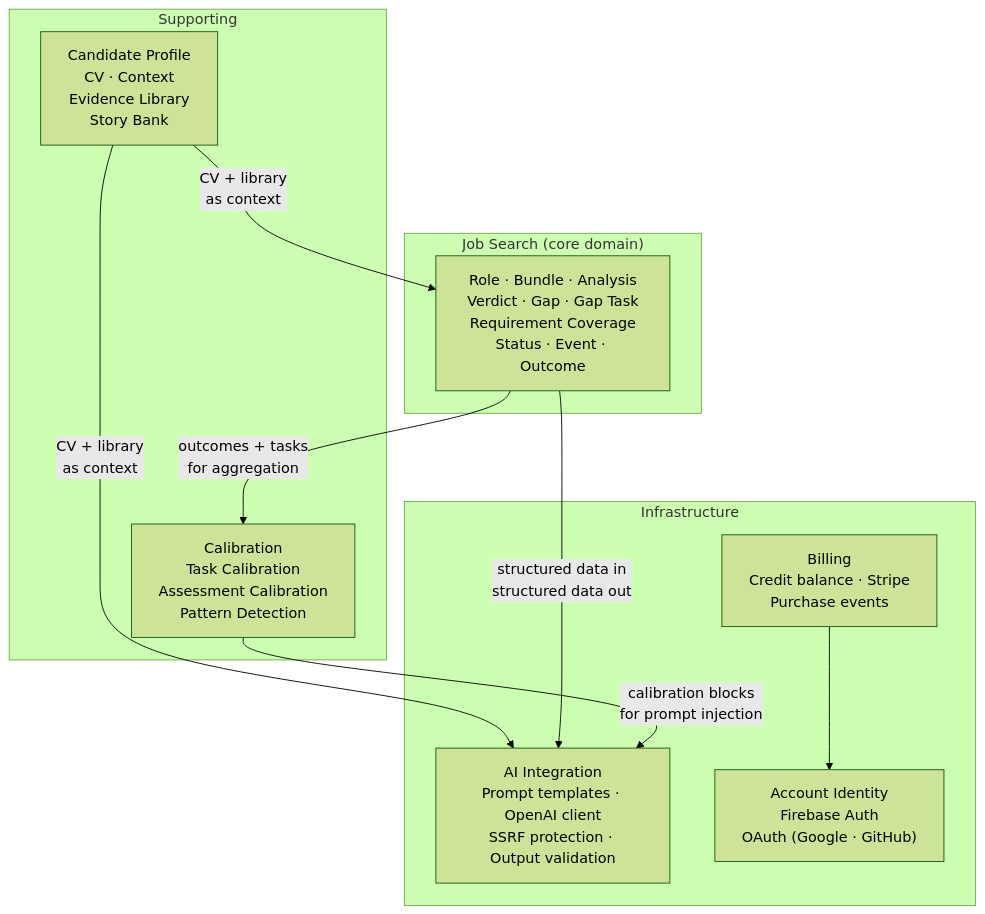
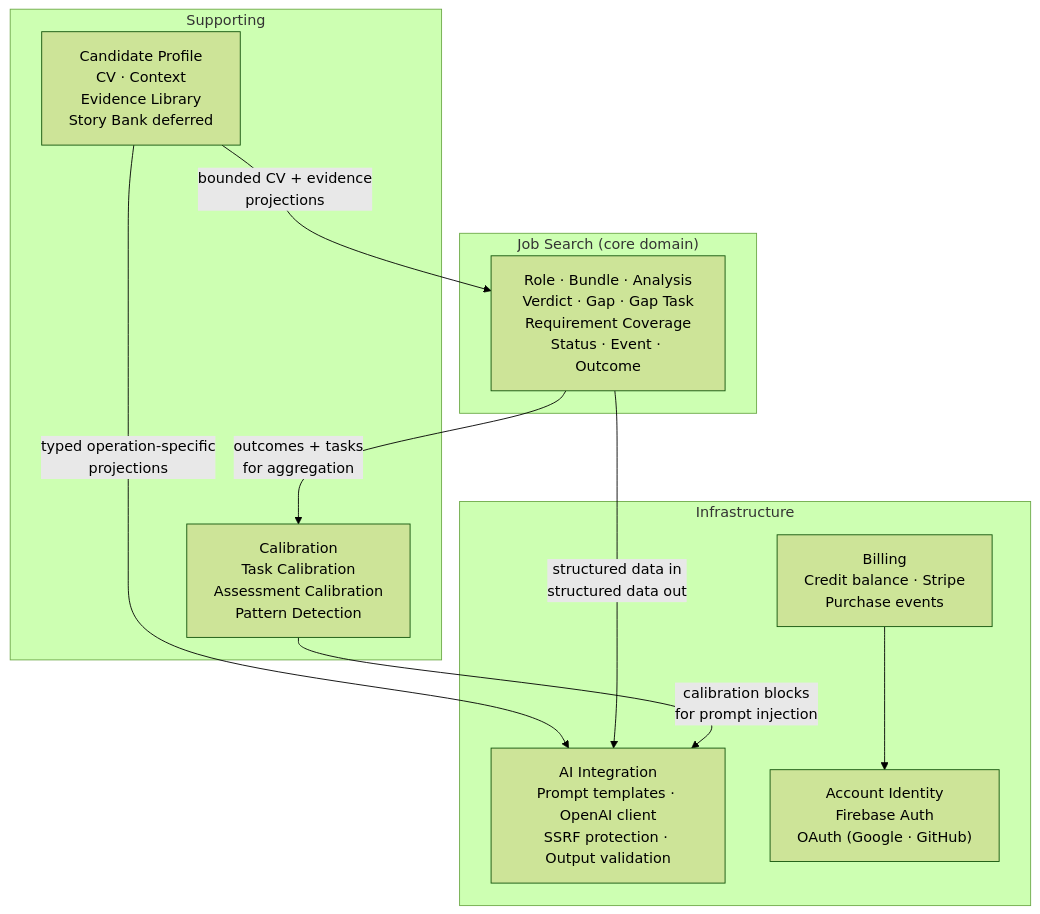
The diagram in docs/DOMAIN.md (mnohe/cvai), drawn with Mermaid (forest theme) before and after one commit. The commit also changed other lines of this file and 4 other files, not shown here.

````diff
--- a/docs/DOMAIN.md
+++ b/docs/DOMAIN.md
@@ -128,24 +127,24 @@
 ```mermaid
 graph TD
     subgraph Core ["Job Search (core domain)"]
         JS["Role · Bundle · Analysis\nVerdict · Gap · Gap Task\nRequirement Coverage\nStatus · Event · Outcome"]
     end
 
     subgraph Supporting
-        CP["Candidate Profile\nCV · Context\nEvidence Library\nStory Bank"]
+        CP["Candidate Profile\nCV · Context\nEvidence Library\nStory Bank deferred"]
         CAL["Calibration\nTask Calibration\nAssessment Calibration\nPattern Detection"]
     end
 
     subgraph Infrastructure
         AI["AI Integration\nPrompt templates · OpenAI client\nSSRF protection · Output validation"]
         BILL["Billing\nCredit balance · Stripe\nPurchase events"]
         ID["Account Identity\nFirebase Auth\nOAuth (Google · GitHub)"]
     end
 
-    CP -->|"CV + library\nas context"| JS
+    CP -->|"bounded CV + evidence\nprojections"| JS
     JS -->|"outcomes + tasks\nfor aggregation"| CAL
     CAL -->|"calibration blocks\nfor prompt injection"| AI
     JS -->|"structured data in\nstructured data out"| AI
-    CP -->|"CV + library\nas context"| AI
+    CP -->|"typed operation-specific\nprojections"| AI
     BILL --> ID
 ```
````
